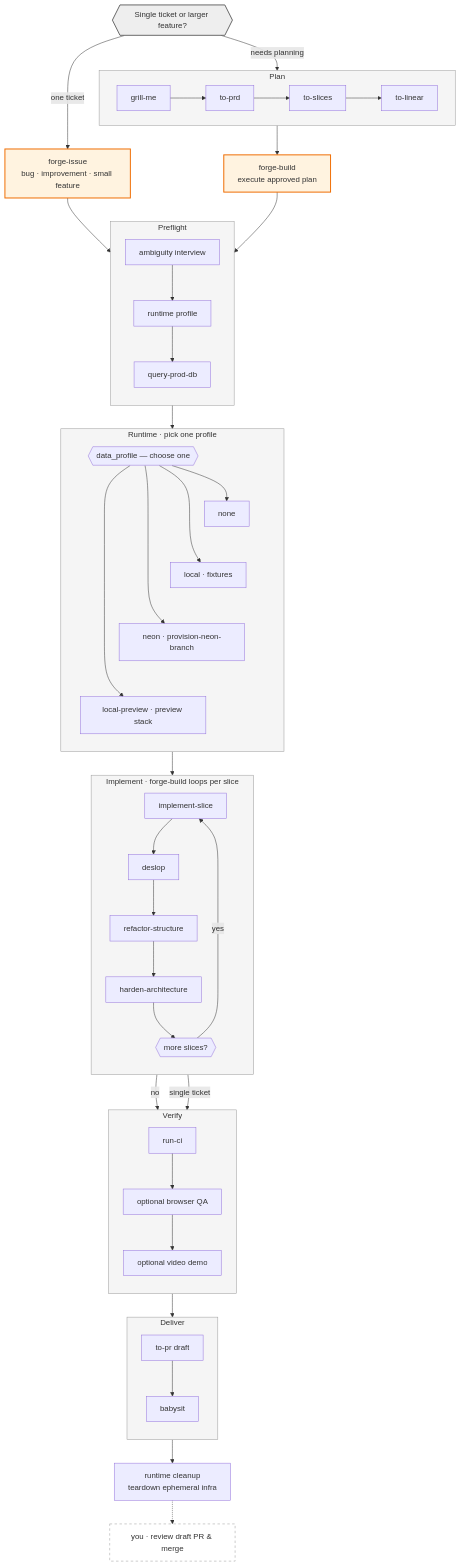
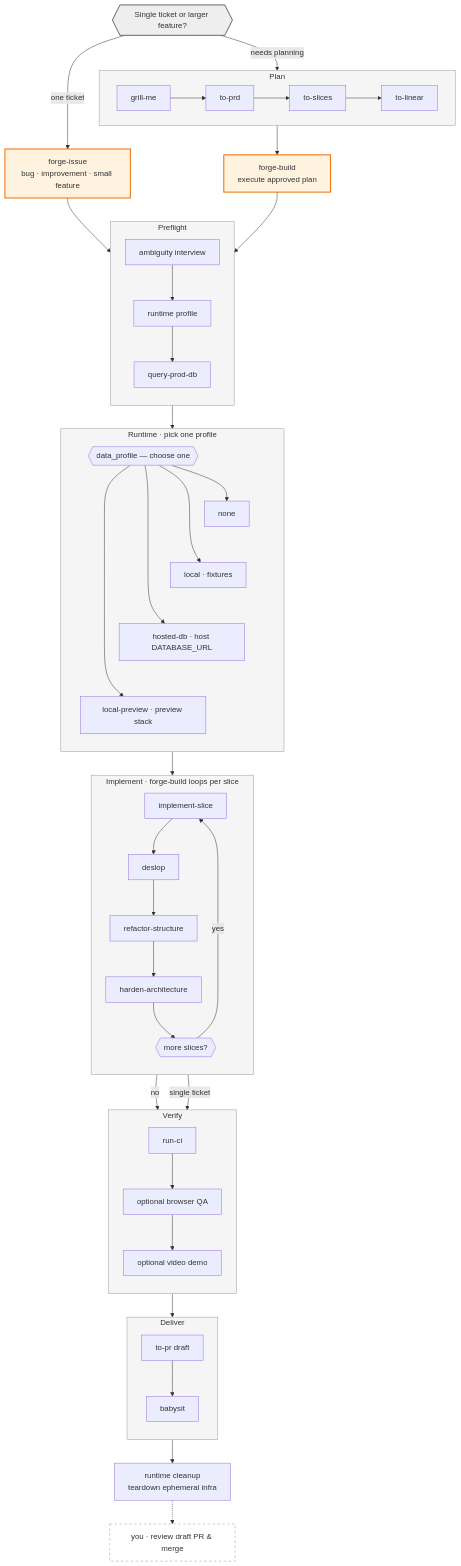
The diagram in README.md (evan-mavis/skills), drawn with Mermaid before and after one commit. The commit also changed other lines of this file and 33 other files, not shown here.

````diff
--- a/README.md
+++ b/README.md
@@ -17,80 +17,80 @@
 ```mermaid
 %%{init: {"flowchart": {"nodeSpacing": 40, "rankSpacing": 48, "padding": 14}}}%%
 flowchart TB
   ORCH{{"Single ticket or larger feature?"}}
 
   E1["forge-issue<br/>bug · improvement · small feature"]
 
   subgraph PLANPATH["Plan"]
     direction LR
     P1["grill-me"] --> P2["to-prd"] --> P3["to-slices"] --> P4["to-linear"]
   end
 
   E2["forge-build<br/>execute approved plan"]
 
   ORCH -->|"one ticket"| E1
   ORCH -->|"needs planning"| P1
   P4 --> E2
 
   subgraph PREFLIGHT["Preflight"]
     direction TB
     PF1["ambiguity interview"] --> PF2["runtime profile"] --> PF3["query-prod-db"]
   end
 
   E1 --> PF1
   E2 --> PF1
 
   subgraph RUNTIME["Runtime · pick one profile"]
     direction TB
     RT0{{"data_profile — choose one"}}
     R1["none"]
     R2["local · fixtures"]
-    R3["neon · provision-neon-branch"]
+    R3["hosted-db · host DATABASE_URL"]
     R4["local-preview · preview stack"]
     RT0 --> R1
     RT0 --> R2
     RT0 --> R3
     RT0 --> R4
     R1 ~~~ R2
     R2 ~~~ R3
     R3 ~~~ R4
   end
 
   subgraph IMPLEMENT["Implement · forge-build loops per slice"]
     direction TB
     I1["implement-slice"] --> I2["deslop"] --> I3["refactor-structure"] --> I4["harden-architecture"]
     NEXT{{"more slices?"}}
     I4 --> NEXT
     NEXT -->|yes| I1
   end
 
   subgraph VERIFY["Verify"]
     direction TB
     V1["run-ci"] --> V2["optional browser QA"] --> V3["optional video demo"]
   end
 
   subgraph DELIVER["Deliver"]
     direction TB
     D1["to-pr draft"] --> D2["babysit"]
   end
 
   CLEANUP["runtime cleanup<br/>teardown ephemeral infra"]
   YOU["you · review draft PR & merge"]
 
   PF3 --> RT0
   RT0 --> I1
   NEXT -->|no| V1
   I4 -->|"single ticket"| V1
   V3 --> D1
   D2 --> CLEANUP
   CLEANUP -.-> YOU
 
   classDef phase fill:#f5f5f5,stroke:#999,stroke-width:1px
   classDef orchestrator fill:#fff3e0,stroke:#ef6c00,stroke-width:2px
   classDef entry fill:#eeeeee,stroke:#666,stroke-width:2px
   classDef human fill:#fff,stroke:#999,stroke-width:1px,stroke-dasharray: 5 5
   class PLANPATH,PREFLIGHT,RUNTIME,IMPLEMENT,VERIFY,DELIVER phase
   class E1,E2 orchestrator
   class ORCH entry
   class YOU human
 ```
````
